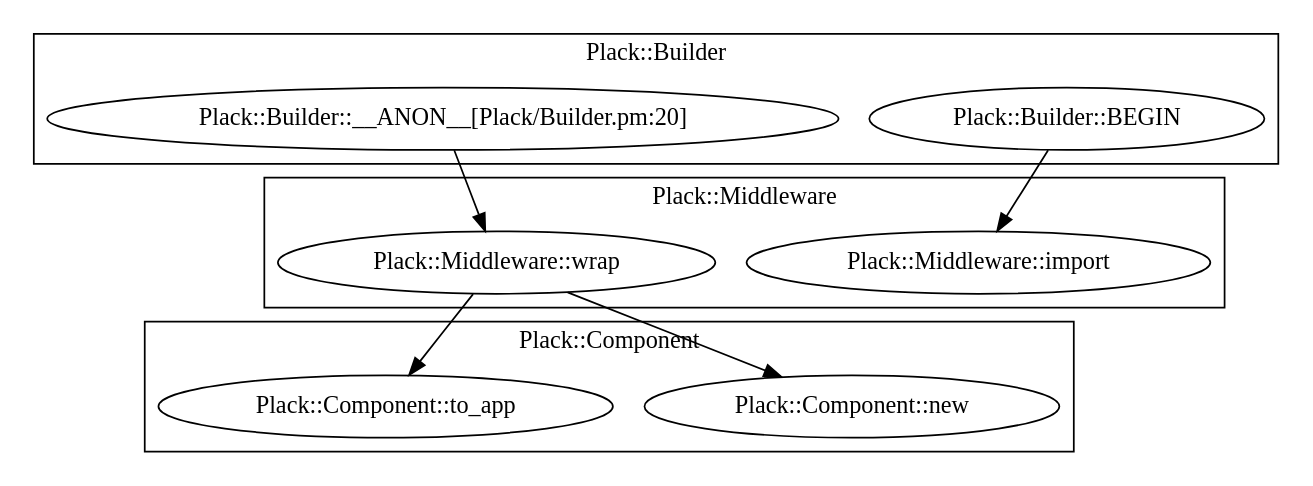
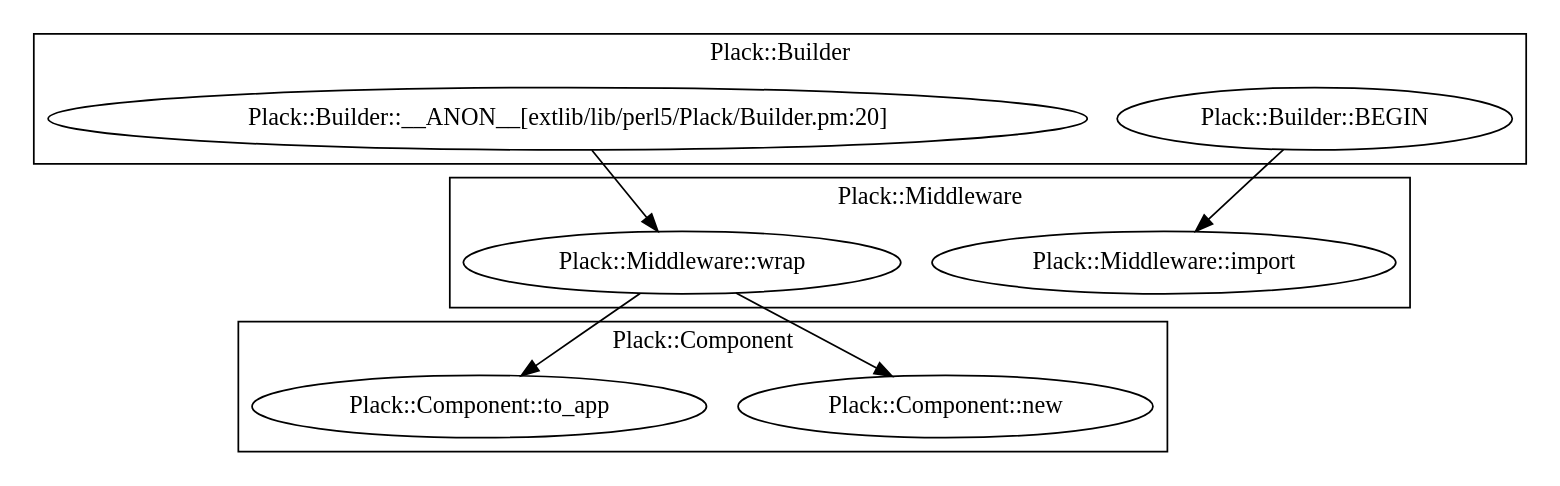
Before and after one commit to gfx/gfx.github.io: the diagram in nytprof/home-isucon-isucon-webapp-perl-extlib-lib-perl5-Plack-Middleware-pm.dot, drawn with Graphviz. The commit also changed 504 other files, not shown here.

```diff
--- a/nytprof/home-isucon-isucon-webapp-perl-extlib-lib-perl5-Plack-Middleware-pm.dot
+++ b/nytprof/home-isucon-isucon-webapp-perl-extlib-lib-perl5-Plack-Middleware-pm.dot
@@ -1,22 +1,22 @@
 digraph {
 graph [overlap=false]
 subgraph cluster_Plack_Component {
 	label="Plack::Component";
 	"Plack::Component::new";
 	"Plack::Component::to_app";
 }
 subgraph cluster_Plack_Middleware {
 	label="Plack::Middleware";
 	"Plack::Middleware::import";
 	"Plack::Middleware::wrap";
 }
 subgraph cluster_Plack_Builder {
 	label="Plack::Builder";
 	"Plack::Builder::BEGIN";
-	"Plack::Builder::__ANON__[Plack/Builder.pm:20]";
+	"Plack::Builder::__ANON__[extlib/lib/perl5/Plack/Builder.pm:20]";
 }
-"Plack::Builder::__ANON__[Plack/Builder.pm:20]" -> "Plack::Middleware::wrap";
+"Plack::Builder::__ANON__[extlib/lib/perl5/Plack/Builder.pm:20]" -> "Plack::Middleware::wrap";
 "Plack::Middleware::wrap" -> "Plack::Component::to_app";
+"Plack::Builder::BEGIN" -> "Plack::Middleware::import";
 "Plack::Middleware::wrap" -> "Plack::Component::new";
-"Plack::Builder::BEGIN" -> "Plack::Middleware::import";
 }
```
